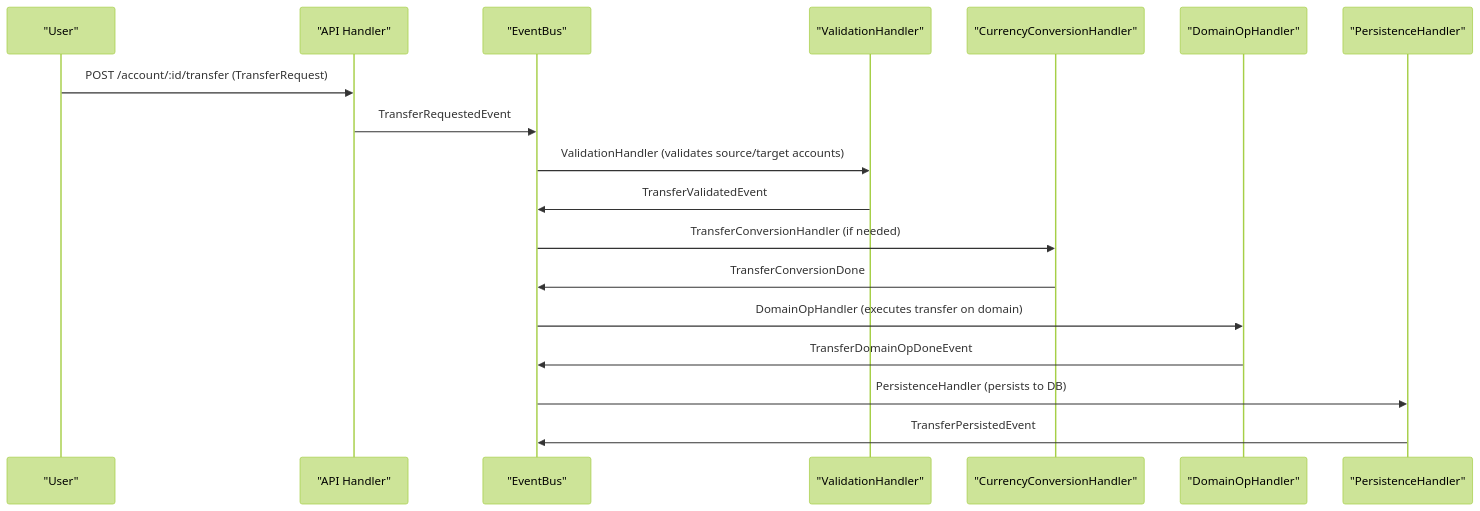
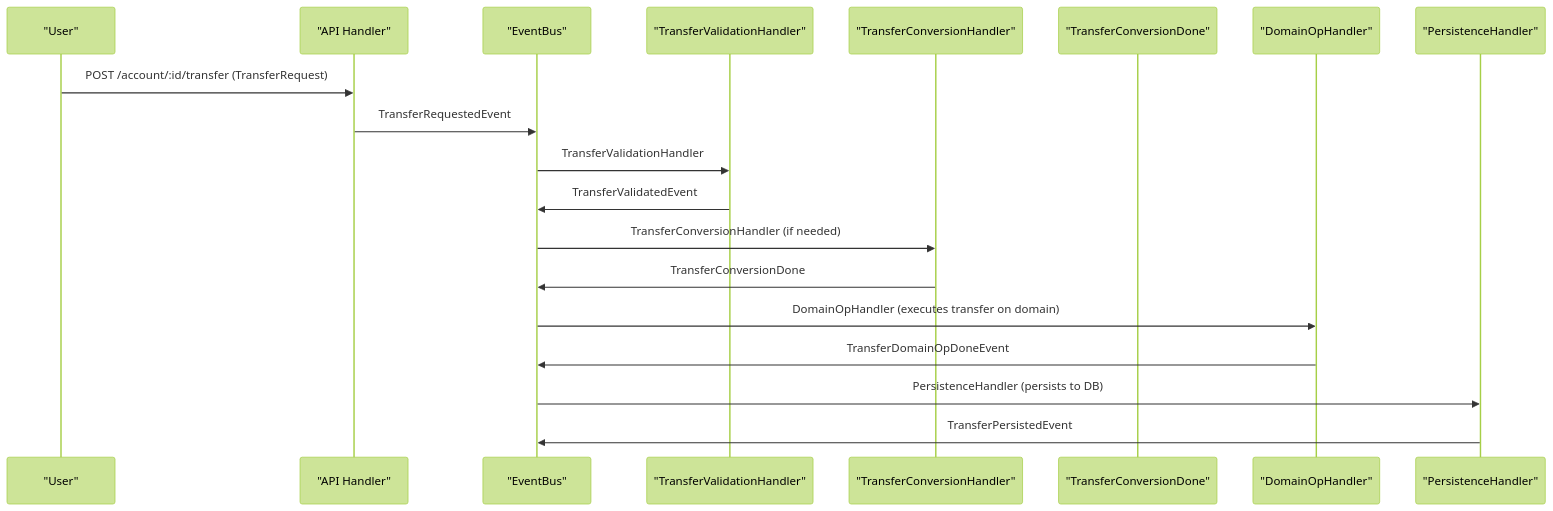
Before and after one commit to amirasaad/fintech: the first of 2 diagrams in docs/refactoring/event-driven-transfer-flow.md, drawn with Mermaid (forest theme). The commit also changed other lines of this file and 2 other files, not shown here.

Commit message:
docs(refactoring): 📚 update event-driven flow documentation for deposit, transfer, and withdraw processes
Enhanced clarity in the event-driven architecture documentation by renaming handlers to reflect their specific roles (e.g., DepositValidationHandler, TransferValidationHandler, WithdrawValidationHandler). Updated sequence diagrams to illustrate the flow of events, emphasizing the separation of conversion and payment initiation to avoid coupling. Added notes to clarify the conditions under which payment initiation occurs in each flow.

````diff
--- a/docs/refactoring/event-driven-transfer-flow.md
+++ b/docs/refactoring/event-driven-transfer-flow.md
@@ -36,21 +36,22 @@
 ```mermaid
 sequenceDiagram
     participant U as "User"
     participant API as "API Handler"
     participant EB as "EventBus"
-    participant VH as "ValidationHandler"
-    participant CC as "CurrencyConversionHandler"
+    participant VH as "TransferValidationHandler"
+    participant TC as "TransferConversionHandler"
+    participant TCD as "TransferConversionDone"
     participant DO as "DomainOpHandler"
     participant P as "PersistenceHandler"
 
     U->>API: POST /account/:id/transfer (TransferRequest)
     API->>EB: TransferRequestedEvent
-    EB->>VH: ValidationHandler (validates source/target accounts)
+    EB->>VH: TransferValidationHandler
     VH->>EB: TransferValidatedEvent
-    EB->>CC: TransferConversionHandler (if needed)
-    CC->>EB: TransferConversionDone
+    EB->>TC: TransferConversionHandler (if needed)
+    TC->>EB: TransferConversionDone
     EB->>DO: DomainOpHandler (executes transfer on domain)
     DO->>EB: TransferDomainOpDoneEvent
     EB->>P: PersistenceHandler (persists to DB)
     P->>EB: TransferPersistedEvent
 ```
````
